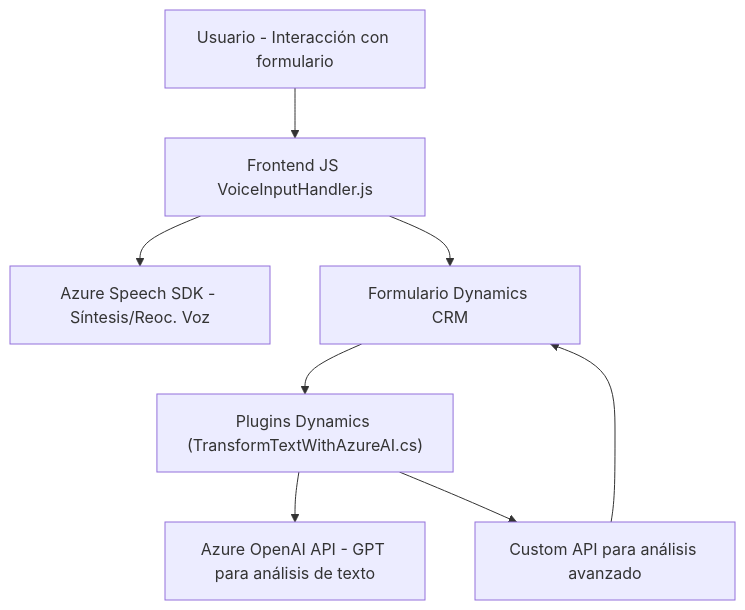
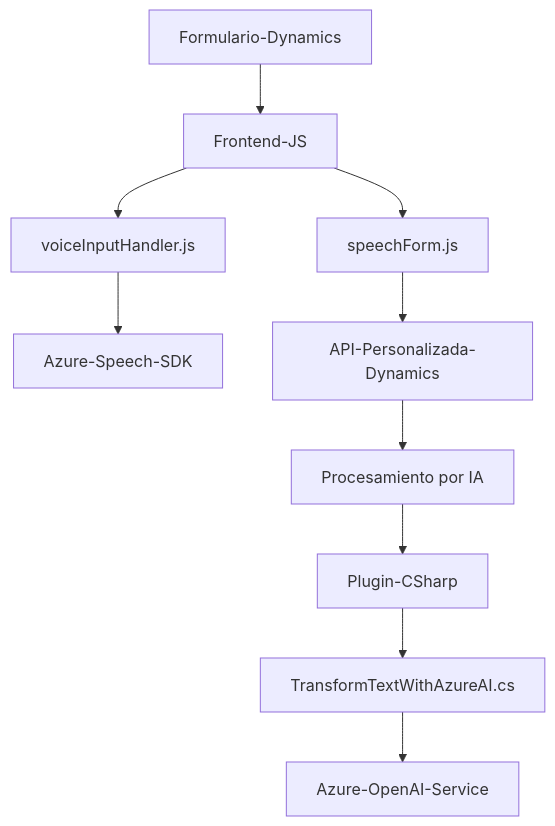
Before and after one commit to blopezdm/NETCORE_BILBAO2025: the diagram in README.md, drawn with Mermaid. The commit also changed other lines of this file, not shown here.

Commit message:
Actualizar análisis global de la solución con IA

````diff
--- a/README.md
+++ b/README.md
@@ -48,10 +42,12 @@
 ```mermaid
 graph TD
-    A["Usuario - Interacción con formulario"] --> B["Frontend JS VoiceInputHandler.js"]
-    B --> C["Azure Speech SDK - Síntesis/Reoc. Voz"]
-    B --> D["Formulario Dynamics CRM"]
-    D --> E["Plugins Dynamics (TransformTextWithAzureAI.cs)"]
-    E --> F["Azure OpenAI API - GPT para análisis de texto"]
-    E --> G["Custom API para análisis avanzado"]
-    G --> D
+    A["Formulario-Dynamics"] --> B["Frontend-JS"]
+    B --> C["voiceInputHandler.js"]
+    B --> D["speechForm.js"]
+    C --> E["Azure-Speech-SDK"]
+    D --> F["API-Personalizada-Dynamics"]
+    F --> G["Procesamiento por IA"]
+    G --> H["Plugin-CSharp"]
+    H --> I["TransformTextWithAzureAI.cs"]
+    I --> J["Azure-OpenAI-Service"]
 ```
````
